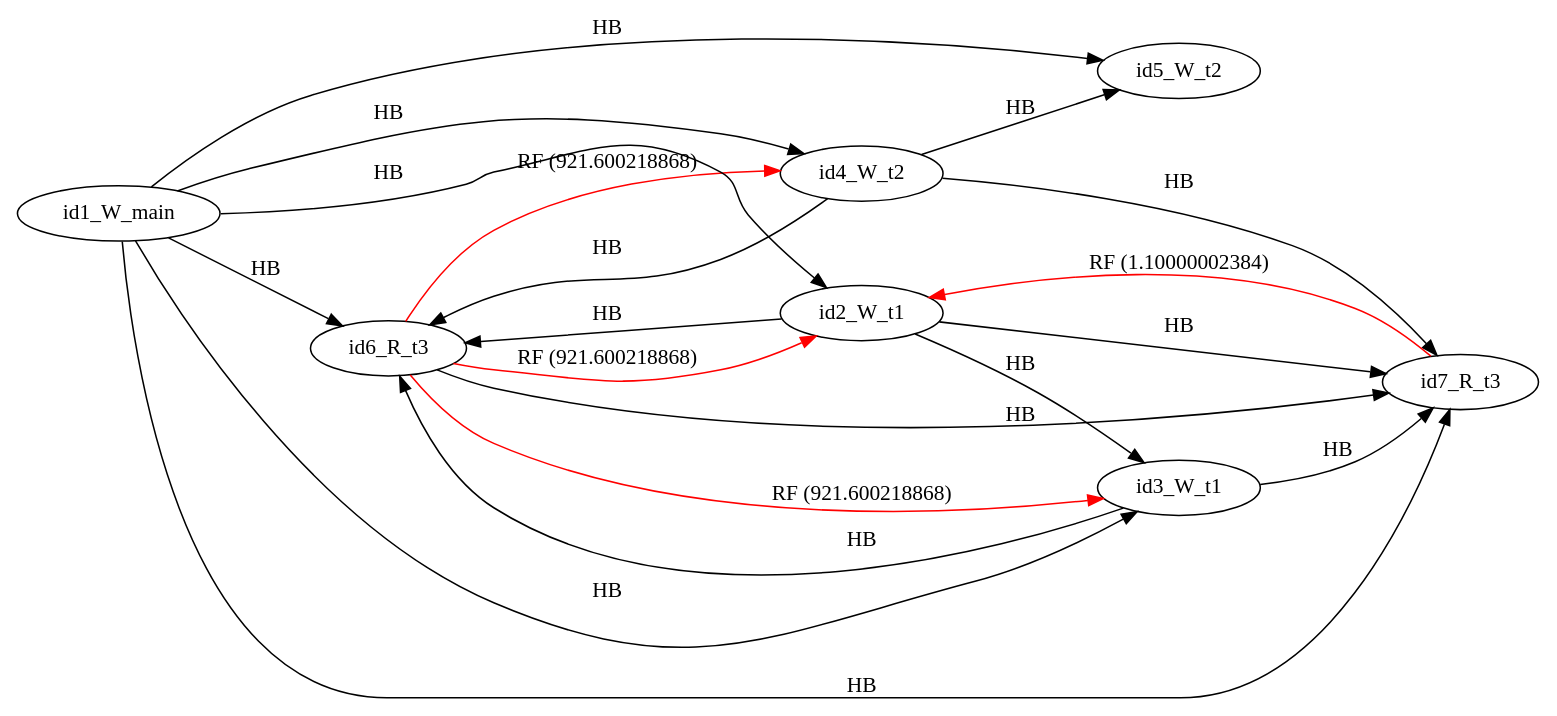
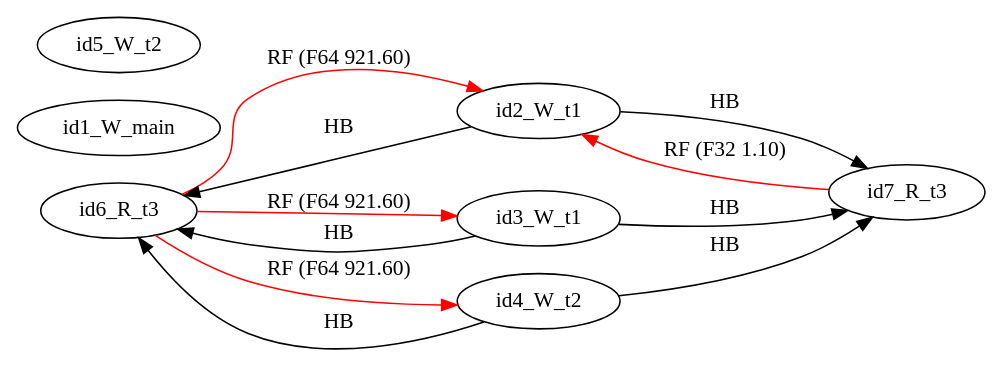
The diagram in examples/single_var/sv_simple12/mm8.dot (FMJS/EMME), drawn with Graphviz before and after one commit. The commit also changed 241 other files, not shown here.

```diff
--- a/examples/single_var/sv_simple12/mm8.dot
+++ b/examples/single_var/sv_simple12/mm8.dot
@@ -1,30 +1,21 @@
 digraph memory_model {
 rankdir=LR;
 splines=true; esep=0.5;
-id6_R_t3 -> id2_W_t1 [label = "RF (921.600218868)", color="red"];
-id6_R_t3 -> id3_W_t1 [label = "RF (921.600218868)", color="red"];
-id6_R_t3 -> id4_W_t2 [label = "RF (921.600218868)", color="red"];
-id7_R_t3 -> id2_W_t1 [label = "RF (1.10000002384)", color="red"];
-id2_W_t1 -> id3_W_t1 [label = "HB", color="black"];
-id4_W_t2 -> id5_W_t2 [label = "HB", color="black"];
-id6_R_t3 -> id7_R_t3 [label = "HB", color="black"];
-id1_W_main -> id2_W_t1 [label = "HB", color="black"];
-id1_W_main -> id3_W_t1 [label = "HB", color="black"];
-id1_W_main -> id4_W_t2 [label = "HB", color="black"];
-id1_W_main -> id5_W_t2 [label = "HB", color="black"];
-id1_W_main -> id6_R_t3 [label = "HB", color="black"];
-id1_W_main -> id7_R_t3 [label = "HB", color="black"];
+id6_R_t3 -> id2_W_t1 [label = "RF (F64 921.60)", color="red"];
+id6_R_t3 -> id3_W_t1 [label = "RF (F64 921.60)", color="red"];
+id6_R_t3 -> id4_W_t2 [label = "RF (F64 921.60)", color="red"];
+id7_R_t3 -> id2_W_t1 [label = "RF (F32 1.10)", color="red"];
 id2_W_t1 -> id6_R_t3 [label = "HB", color="black"];
 id2_W_t1 -> id7_R_t3 [label = "HB", color="black"];
 id3_W_t1 -> id6_R_t3 [label = "HB", color="black"];
 id3_W_t1 -> id7_R_t3 [label = "HB", color="black"];
 id4_W_t2 -> id6_R_t3 [label = "HB", color="black"];
 id4_W_t2 -> id7_R_t3 [label = "HB", color="black"];
 id1_W_main [pos="5.0,4!"]
 id2_W_t1 [pos="0,2!"]
 id3_W_t1 [pos="0,0!"]
 id4_W_t2 [pos="5,2!"]
 id5_W_t2 [pos="5,0!"]
 id6_R_t3 [pos="10,2!"]
 id7_R_t3 [pos="10,0!"]
 }
```
